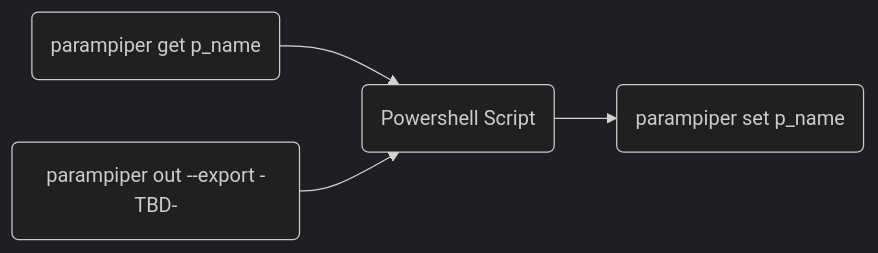
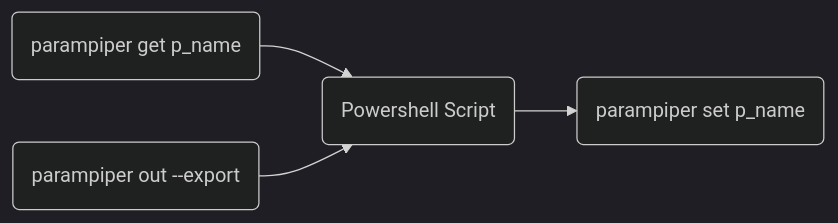
One commit to cdalar/parampiper changed the second of 3 diagrams in README.md. Above: the diagram before and after it, drawn with Mermaid (dark theme).

````diff
--- a/README.md
+++ b/README.md
@@ -16,6 +16,6 @@
 ```mermaid
 flowchart LR
 
 X(parampiper get p_name)--> A(Powershell Script) -->B(parampiper set p_name)
-Y(parampiper out --export -TBD-) --> A
+Y(parampiper out --export) --> A
 ```
````
